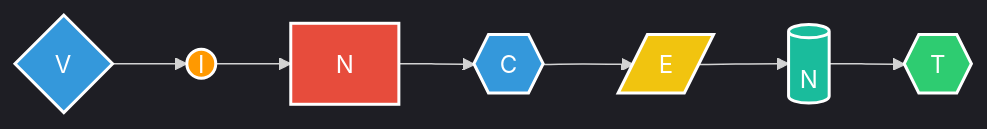
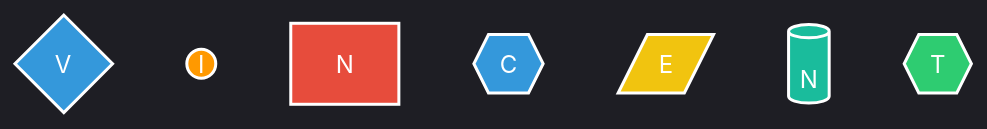
One commit to tripledoublev/tripledoublev changed the diagram in README.md. Above: the diagram before and after it, drawn with Mermaid.

Commit message:
improve mermaid graph

````diff
--- a/README.md
+++ b/README.md
@@ -2,22 +2,24 @@
 ```mermaid
 %%{init: {'theme': 'dark', 'themeVariables': { 'darkMode': true, 'background': 'rgb(13, 17, 23)' }}}%%
 
 graph LR
     %% Defining different node styles with various shapes and colors
     classDef roundStyle fill:#FF9900,stroke:#FFF,stroke-width:2px,color:white,shape:circle
     classDef diamondStyle fill:#3498DB,stroke:#FFF,stroke-width:2px,color:white,shape:diamond
     classDef hexagonStyle fill:#2ECC71,stroke:#FFF,stroke-width:2px,color:white,shape:hexagon
     classDef rectStyle fill:#E74C3C,stroke:#FFF,stroke-width:2px,color:white,shape:rect
     classDef stadium fill:#9B59B6,stroke:#FFF,stroke-width:2px,color:white,shape:stadium
     classDef subroutine fill:#F1C40F,stroke:#FFF,stroke-width:2px,color:white,shape:subroutine
     classDef cylinderStyle fill:#1ABC9C,stroke:#FFF,stroke-width:2px,color:white,shape:hexagon
     
     %% Creating a node for each letter of "VINCENT"
     V{V}:::diamondStyle --> I((I)):::roundStyle
     I --> N[N]:::rectStyle
     N --> C{{C}}:::diamondStyle
     C --> E[/E/]:::subroutine
     E --> N2[(N)]:::cylinderStyle
     N2 --> T{{T}}:::hexagonStyle
 
+    %% Make links invisible
+    linkStyle default stroke:transparent,fill:none;
 ```
````
